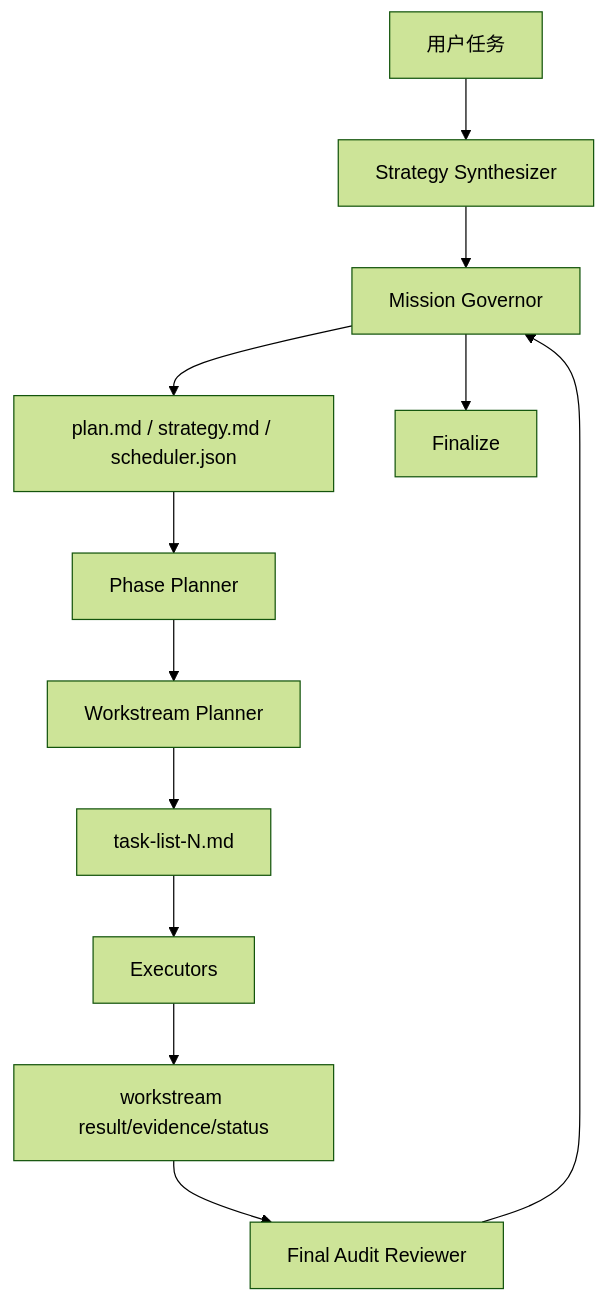
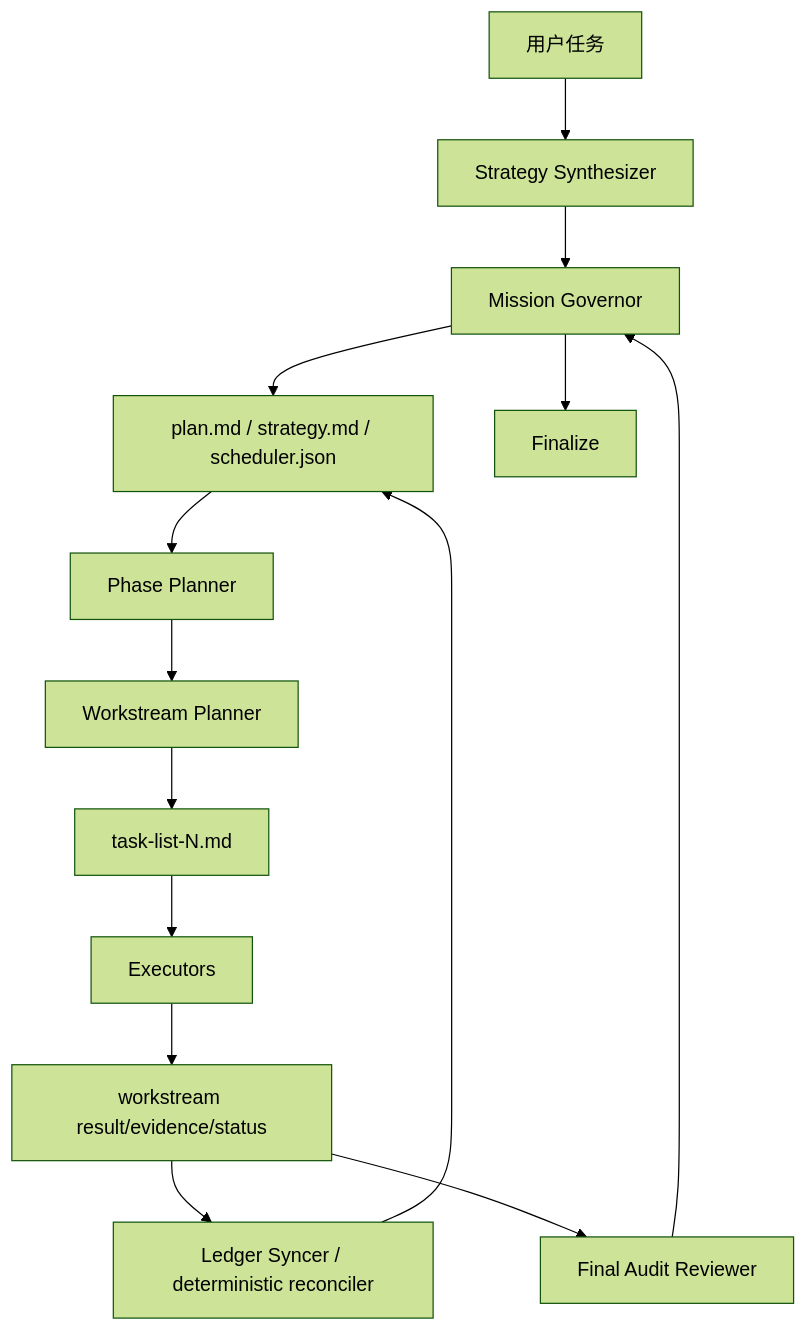
Before and after one commit to acheng-byte/iLongRun: the diagram in docs/架构与运行机制.md, drawn with Mermaid (forest theme). The commit also changed other lines of this file and 27 other files, not shown here.

````diff
--- a/docs/架构与运行机制.md
+++ b/docs/架构与运行机制.md
@@ -26,14 +38,16 @@
 ```mermaid
 flowchart TD
     U[用户任务] --> S[Strategy Synthesizer]
     S --> G[Mission Governor]
     G --> P[plan.md / strategy.md / scheduler.json]
     P --> PP[Phase Planner]
     PP --> WP[Workstream Planner]
     WP --> T[task-list-N.md]
     T --> E[Executors]
     E --> R[workstream result/evidence/status]
+    R --> L[Ledger Syncer / deterministic reconciler]
+    L --> P
     R --> A[Final Audit Reviewer]
     A --> G
     G --> F[Finalize]
 ```
````
